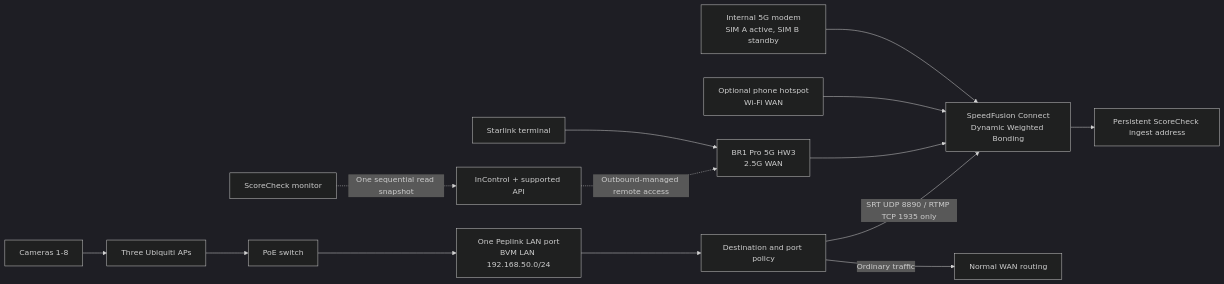
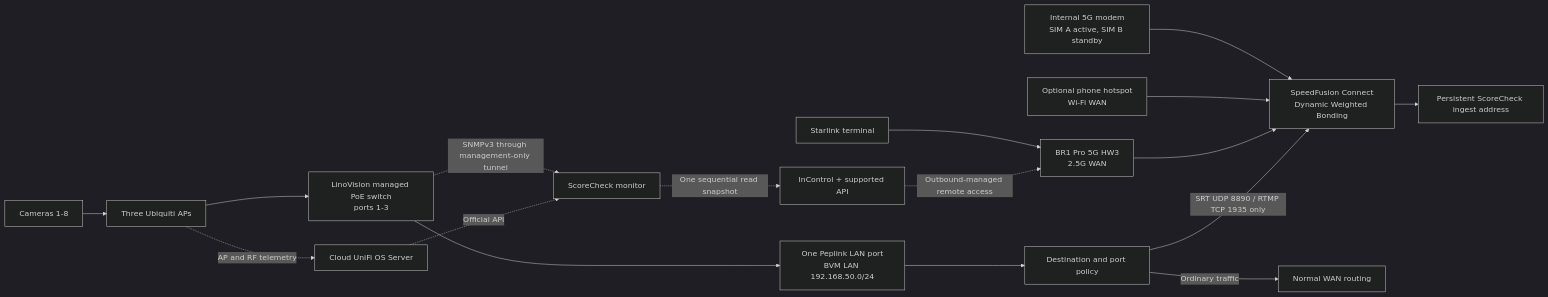
The diagram in docs/PEPLINK_BR1_PRO_5GK_HW3_COMMISSIONING_PLAN.md (nhicks00/ScoreCheck), drawn with Mermaid (dark theme) before and after one commit. The commit also changed other lines of this file, not shown here.

Commit message:
Document managed PoE switch monitoring plan

````diff
--- a/docs/PEPLINK_BR1_PRO_5GK_HW3_COMMISSIONING_PLAN.md
+++ b/docs/PEPLINK_BR1_PRO_5GK_HW3_COMMISSIONING_PLAN.md
@@ -115,18 +121,21 @@
 ```mermaid
 flowchart LR
     SL["Starlink terminal"] --> WAN["BR1 Pro 5G HW3\n2.5G WAN"]
     CELL["Internal 5G modem\nSIM A active, SIM B standby"] --> SFC["SpeedFusion Connect\nDynamic Weighted Bonding"]
     PHONE["Optional phone hotspot\nWi-Fi WAN"] --> SFC
     WAN --> SFC
 
     CAMS["Cameras 1-8"] --> APS["Three Ubiquiti APs"]
-    APS --> SW["PoE switch"]
+    APS --> SW["LinoVision managed PoE switch\nports 1-3"]
     SW --> LAN["One Peplink LAN port\nBVM LAN 192.168.50.0/24"]
     LAN --> POLICY["Destination and port policy"]
     POLICY -->|"SRT UDP 8890 / RTMP TCP 1935 only"| SFC
     SFC --> INGEST["Persistent ScoreCheck ingest address"]
     POLICY -->|"Ordinary traffic"| DIRECT["Normal WAN routing"]
 
     IC2["InControl + supported API"] -. "Outbound-managed remote access" .-> WAN
     MON["ScoreCheck monitor"] -. "One sequential read snapshot" .-> IC2
+    SW -. "SNMPv3 through management-only tunnel" .-> MON
+    UOS["Cloud UniFi OS Server"] -. "Official API" .-> MON
+    APS -. "AP and RF telemetry" .-> UOS
 ```
````
